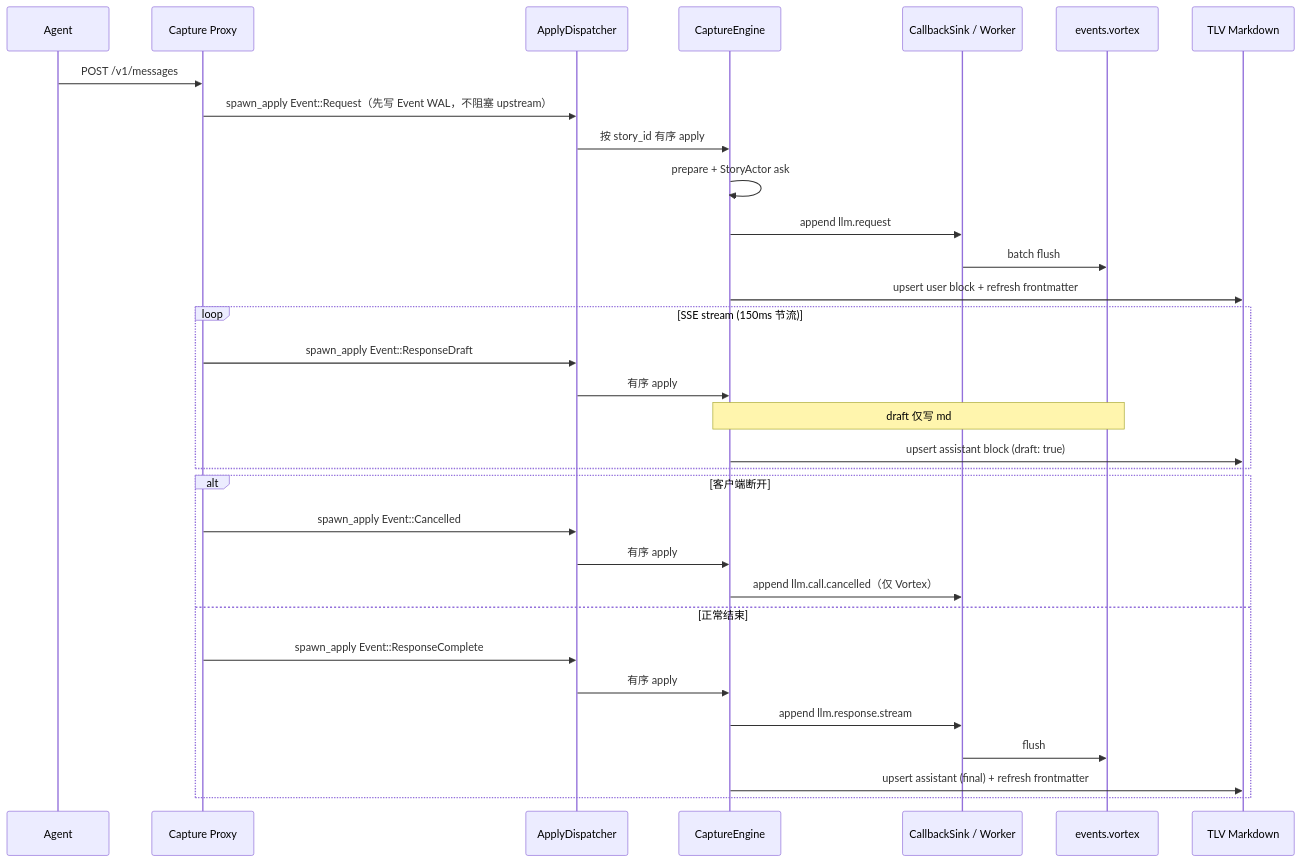
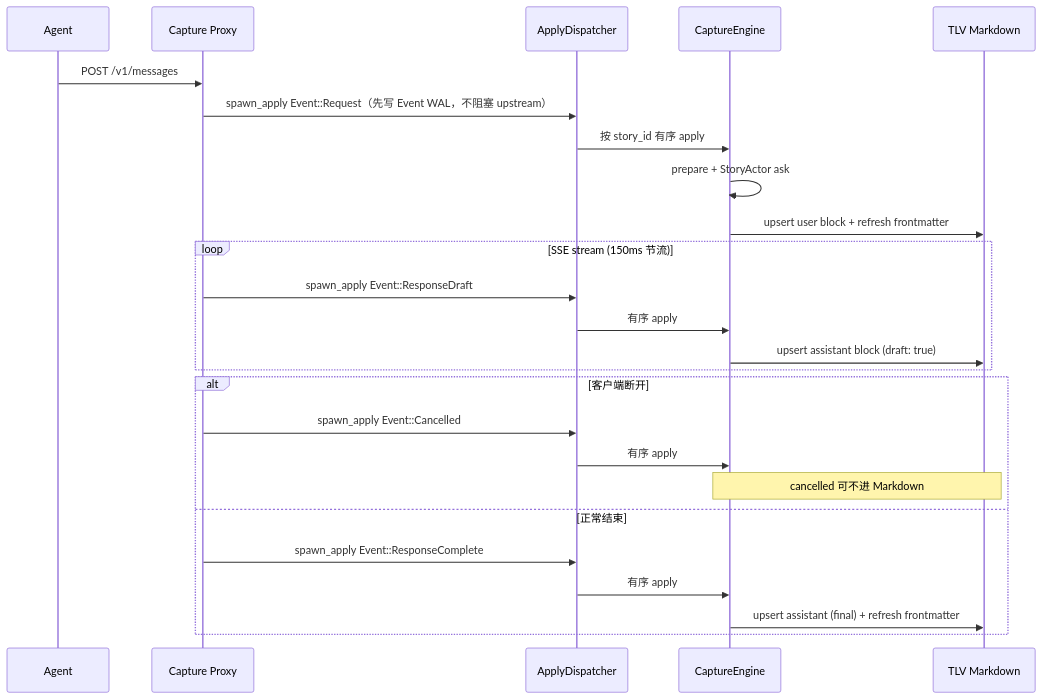
Before and after one commit to DeepLink-org/Persisting: the second of 6 diagrams in docs/src/design/trajectory.md, drawn with Mermaid. The commit also changed other lines of this file and 83 other files, not shown here.

````diff
--- a/docs/src/design/trajectory.md
+++ b/docs/src/design/trajectory.md
@@ -104,38 +104,31 @@
 ```mermaid
 sequenceDiagram
     participant Agent
     participant Proxy as Capture Proxy
     participant Queue as ApplyDispatcher
     participant Engine as CaptureEngine
-    participant Sink as CallbackSink / Worker
-    participant Vortex as events.vortex
     participant MD as TLV Markdown
 
     Agent->>Proxy: POST /v1/messages
 
     Proxy->>Queue: spawn_apply Event::Request（先写 Event WAL，不阻塞 upstream）
     Queue->>Engine: 按 story_id 有序 apply
     Engine->>Engine: prepare + StoryActor ask
-    Engine->>Sink: append llm.request
-    Sink->>Vortex: batch flush
     Engine->>MD: upsert user block + refresh frontmatter
 
     loop SSE stream (150ms 节流)
         Proxy->>Queue: spawn_apply Event::ResponseDraft
         Queue->>Engine: 有序 apply
-        Note over Engine,Vortex: draft 仅写 md
         Engine->>MD: upsert assistant block (draft: true)
     end
 
     alt 客户端断开
         Proxy->>Queue: spawn_apply Event::Cancelled
         Queue->>Engine: 有序 apply
-        Engine->>Sink: append llm.call.cancelled（仅 Vortex）
+        Note over Engine,MD: cancelled 可不进 Markdown
     else 正常结束
         Proxy->>Queue: spawn_apply Event::ResponseComplete
         Queue->>Engine: 有序 apply
-        Engine->>Sink: append llm.response.stream
-        Sink->>Vortex: flush
         Engine->>MD: upsert assistant (final) + refresh frontmatter
     end
 ```
````
